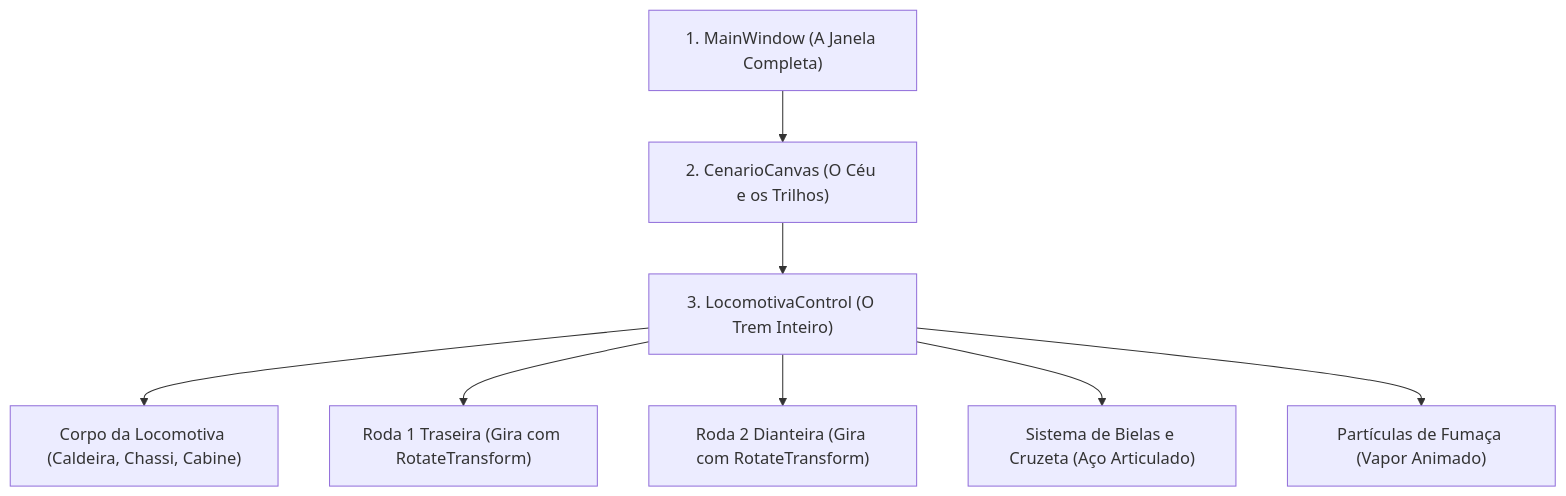
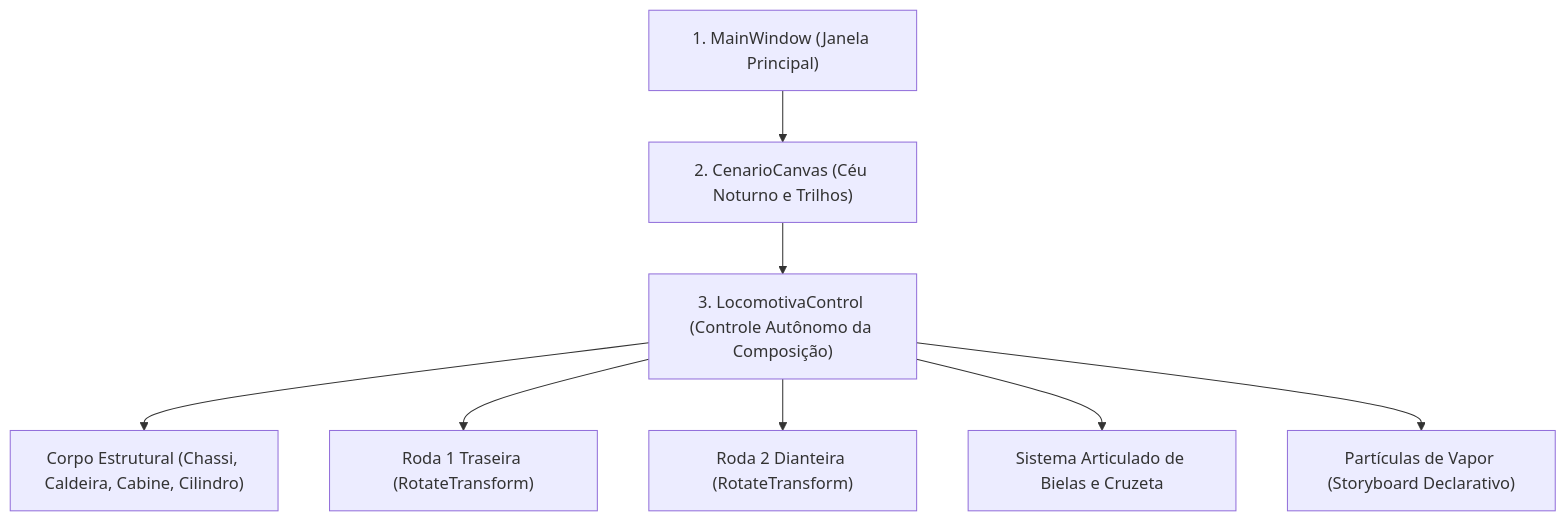
Before and after one commit to Gabriel-Freitas-S/PI_T1: the diagram in wiki/Arquitetura-e-Visao-Geral.md, drawn with Mermaid. The commit also changed other lines of this file and 6 other files, not shown here.

````diff
--- a/wiki/Arquitetura-e-Visao-Geral.md
+++ b/wiki/Arquitetura-e-Visao-Geral.md
@@ -63,11 +65,11 @@
 ```mermaid
 graph TD
-    Window["1. MainWindow (A Janela Completa)"] --> Cenario["2. CenarioCanvas (O Céu e os Trilhos)"]
-    Cenario --> LocomotivaControl["3. LocomotivaControl (O Trem Inteiro)"]
+    Window["1. MainWindow (Janela Principal)"] --> Cenario["2. CenarioCanvas (Céu Noturno e Trilhos)"]
+    Cenario --> LocomotivaControl["3. LocomotivaControl (Controle Autônomo da Composição)"]
     
-    LocomotivaControl --> Corpo["Corpo da Locomotiva (Caldeira, Chassi, Cabine)"]
-    LocomotivaControl --> Roda1["Roda 1 Traseira (Gira com RotateTransform)"]
-    LocomotivaControl --> Roda2["Roda 2 Dianteira (Gira com RotateTransform)"]
-    LocomotivaControl --> Bielas["Sistema de Bielas e Cruzeta (Aço Articulado)"]
-    LocomotivaControl --> Fumaca["Partículas de Fumaça (Vapor Animado)"]
+    LocomotivaControl --> Corpo["Corpo Estrutural (Chassi, Caldeira, Cabine, Cilindro)"]
+    LocomotivaControl --> Roda1["Roda 1 Traseira (RotateTransform)"]
+    LocomotivaControl --> Roda2["Roda 2 Dianteira (RotateTransform)"]
+    LocomotivaControl --> Bielas["Sistema Articulado de Bielas e Cruzeta"]
+    LocomotivaControl --> Fumaca["Partículas de Vapor (Storyboard Declarativo)"]
 ```
````
